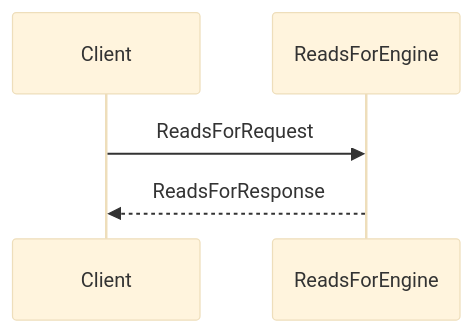
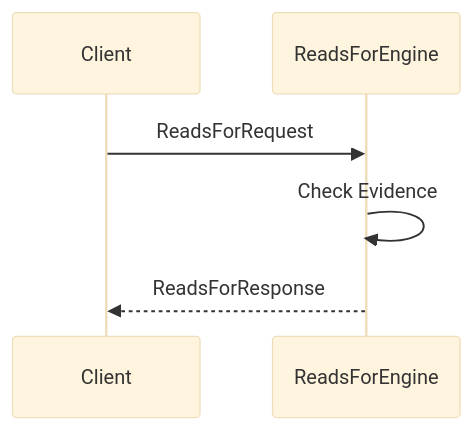
The first of 2 diagrams in docs/node_architecture/engines/reads_for_overview.juvix.md (anoma/nspec), drawn with Mermaid (base theme) before and after one commit. The commit also changed other lines of this file and 31 other files, not shown here.

````diff
--- a/docs/node_architecture/engines/reads_for_overview.juvix.md
+++ b/docs/node_architecture/engines/reads_for_overview.juvix.md
@@ -142,8 +154,9 @@
 ```mermaid
 sequenceDiagram
     participant Client
     participant ReadsForEngine
 
     Client ->> ReadsForEngine: ReadsForRequest
+    ReadsForEngine ->> ReadsForEngine: Check Evidence
     ReadsForEngine -->> Client: ReadsForResponse
 ```
````
